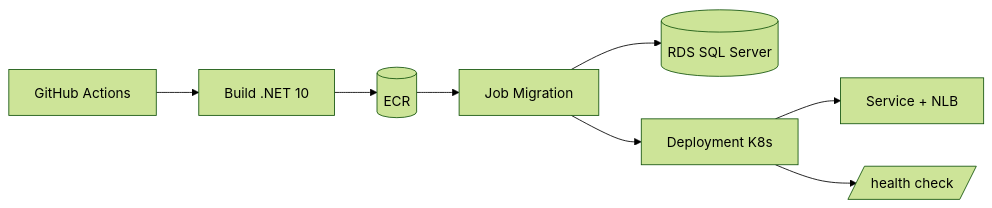
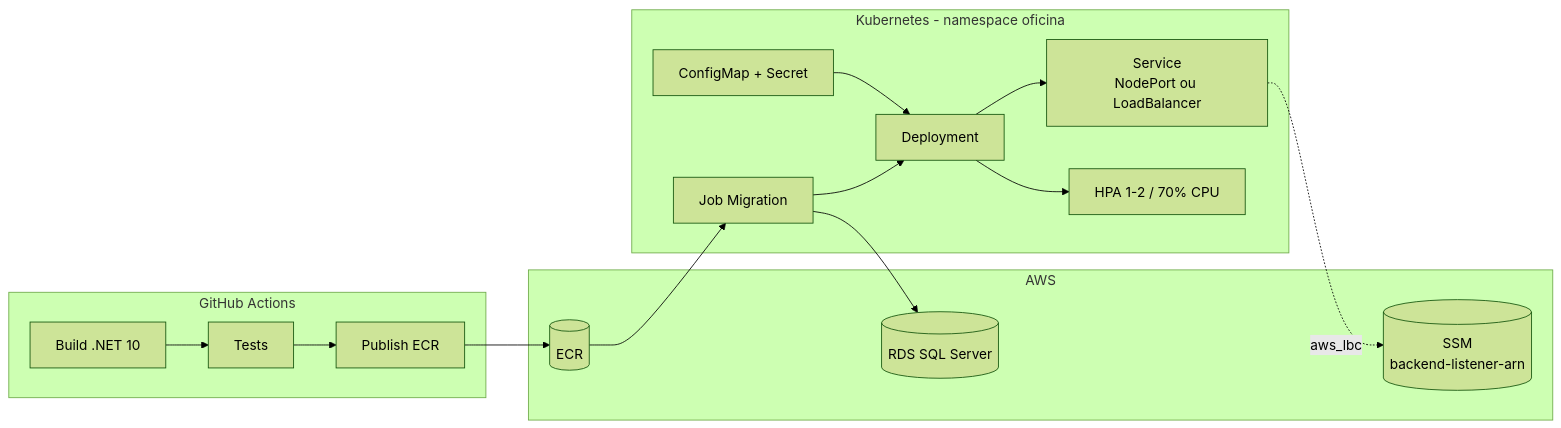
The second of 2 diagrams in README.md (fabianorodrigues/oficina-api), drawn with Mermaid (forest theme) before and after one commit. The commit also changed other lines of this file, not shown here.

````diff
--- a/README.md
+++ b/README.md
@@ -54,10 +71,27 @@
 ```mermaid
 graph LR
-  GH[GitHub Actions] --> BUILD[Build .NET 10]
-  BUILD --> ECR[(ECR)]
-  ECR --> MIG[Job Migration]
-  MIG --> RDS[(RDS SQL Server)]
-  MIG --> DEP[Deployment K8s]
-  DEP --> SVC[Service + NLB]
-  DEP --> HC[/health check/]
+  subgraph GH[GitHub Actions]
+    BUILD[Build .NET 10] --> TEST[Tests]
+    TEST --> PUB[Publish ECR]
+  end
+  subgraph AWS[AWS]
+    ECR[(ECR)]
+    RDS[(RDS SQL Server)]
+    SSM[(SSM<br/>backend-listener-arn)]
+  end
+  subgraph K8S[Kubernetes - namespace oficina]
+    CFG[ConfigMap + Secret]
+    MIG[Job Migration]
+    DEP[Deployment]
+    HPA[HPA 1-2 / 70% CPU]
+    SVC[Service<br/>NodePort ou LoadBalancer]
+  end
+  PUB --> ECR
+  ECR --> MIG
+  MIG --> RDS
+  MIG --> DEP
+  CFG --> DEP
+  DEP --> HPA
+  DEP --> SVC
+  SVC -. aws_lbc .-> SSM
 ```
````
